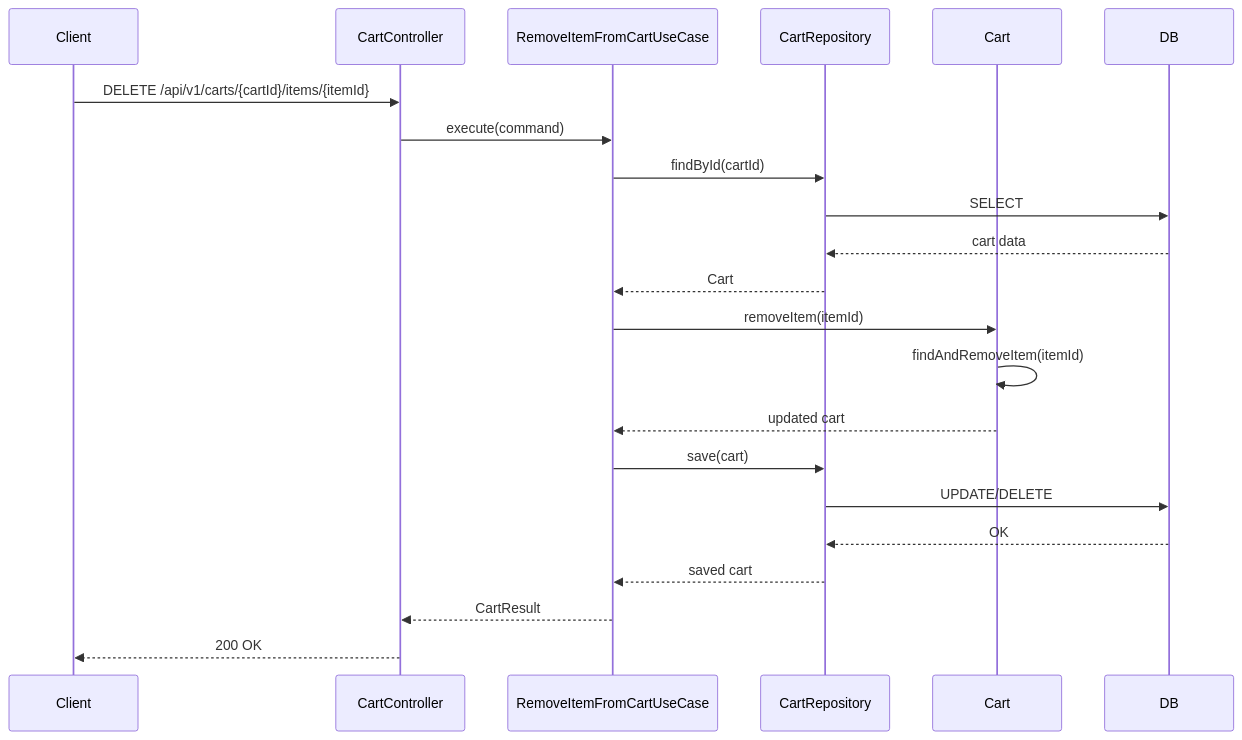
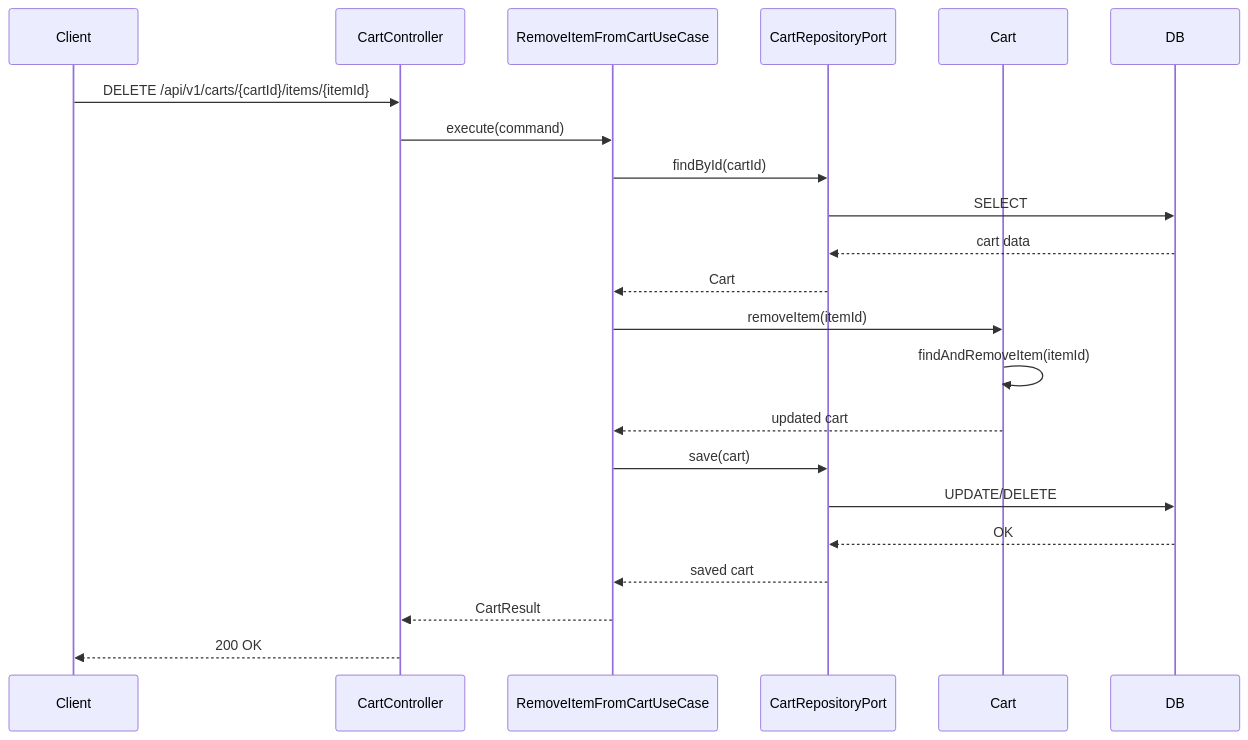
One commit to INNER-CIRCLE-ICD4/Project-3.-Commerce-2 changed the fifth of 7 diagrams in purchasing-service/hexagonal/docs/sequence-diagrams.md. Above: the diagram before and after it, drawn with Mermaid. The commit also changed other lines of this file, not shown here.

Commit message:
다이어그램에 반영

````diff
--- a/purchasing-service/hexagonal/docs/sequence-diagrams.md
+++ b/purchasing-service/hexagonal/docs/sequence-diagrams.md
@@ -174,32 +180,32 @@
 ```mermaid
 sequenceDiagram
     participant Client
     participant CartController
     participant RemoveItemFromCartUseCase
-    participant CartRepository
+    participant CartRepositoryPort
     participant Cart
     participant DB
 
     Client->>CartController: DELETE /api/v1/carts/{cartId}/items/{itemId}
     CartController->>RemoveItemFromCartUseCase: execute(command)
     
     %% 장바구니 조회
-    RemoveItemFromCartUseCase->>CartRepository: findById(cartId)
-    CartRepository->>DB: SELECT
-    DB-->>CartRepository: cart data
-    CartRepository-->>RemoveItemFromCartUseCase: Cart
+    RemoveItemFromCartUseCase->>CartRepositoryPort: findById(cartId)
+    CartRepositoryPort->>DB: SELECT
+    DB-->>CartRepositoryPort: cart data
+    CartRepositoryPort-->>RemoveItemFromCartUseCase: Cart
     
     %% 아이템 제거
     RemoveItemFromCartUseCase->>Cart: removeItem(itemId)
     Cart->>Cart: findAndRemoveItem(itemId)
     Cart-->>RemoveItemFromCartUseCase: updated cart
     
     %% 저장
-    RemoveItemFromCartUseCase->>CartRepository: save(cart)
-    CartRepository->>DB: UPDATE/DELETE
-    DB-->>CartRepository: OK
-    CartRepository-->>RemoveItemFromCartUseCase: saved cart
+    RemoveItemFromCartUseCase->>CartRepositoryPort: save(cart)
+    CartRepositoryPort->>DB: UPDATE/DELETE
+    DB-->>CartRepositoryPort: OK
+    CartRepositoryPort-->>RemoveItemFromCartUseCase: saved cart
     
     RemoveItemFromCartUseCase-->>CartController: CartResult
     CartController-->>Client: 200 OK
 ```
````
